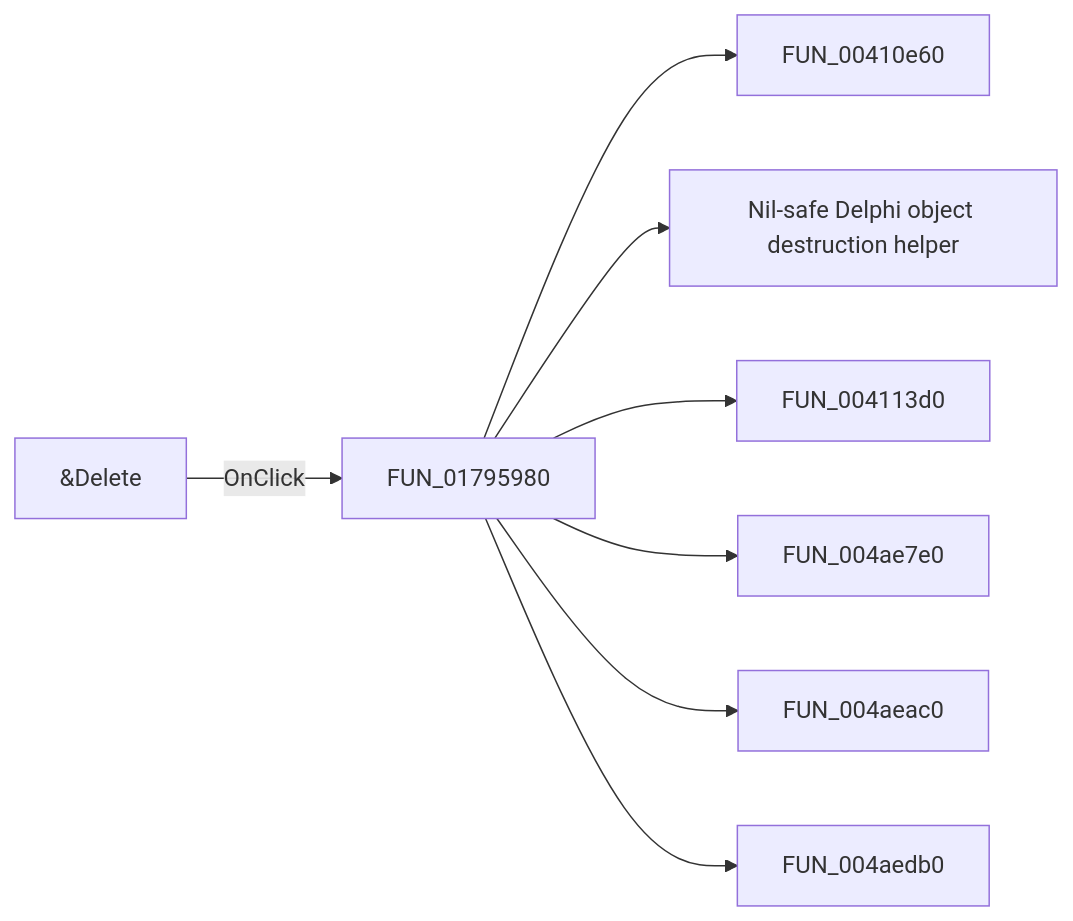
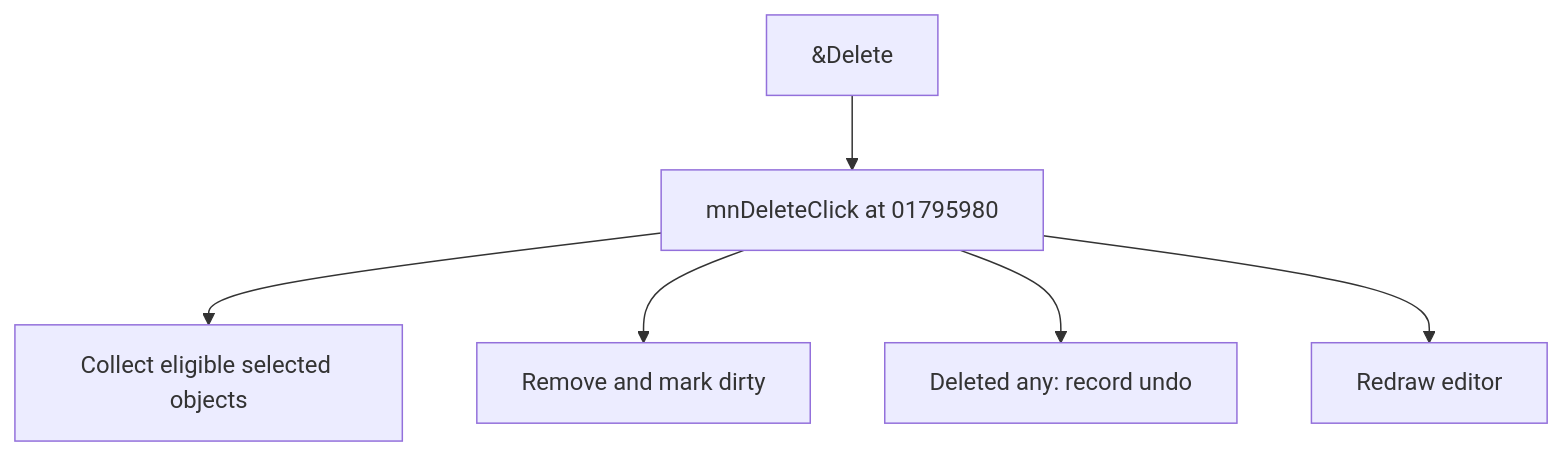
The diagram in docs/ui-controls/shapeedit/mndelete-6b6fecf3f1.md (MovGP0/TIARA), drawn with Mermaid before and after one commit. The commit also changed other lines of this file and 1062 other files, not shown here.

````diff
--- a/docs/ui-controls/shapeedit/mndelete-6b6fecf3f1.md
+++ b/docs/ui-controls/shapeedit/mndelete-6b6fecf3f1.md
@@ -27,10 +25,8 @@
 ```mermaid
-flowchart LR
-    control["&Delete"] -->|OnClick| handler["FUN_01795980"]
-    handler --> call1["FUN_00410e60"]
-    handler --> call2["Nil-safe Delphi object destruction helper"]
-    handler --> call3["FUN_004113d0"]
-    handler --> call4["FUN_004ae7e0"]
-    handler --> call5["FUN_004aeac0"]
-    handler --> call6["FUN_004aedb0"]
+flowchart TD
+    control["&Delete"] --> handler["mnDeleteClick at 01795980"]
+    handler --> step1["Collect eligible selected objects"]
+    handler --> step2["Remove and mark dirty"]
+    handler --> step3["Deleted any: record undo"]
+    handler --> step4["Redraw editor"]
 ```
````
